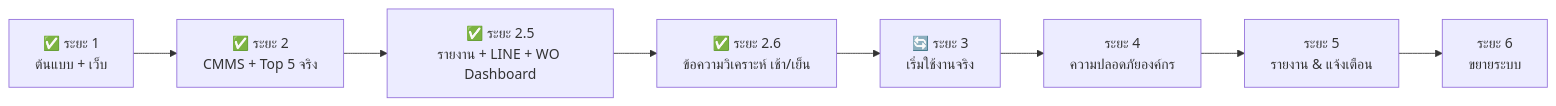
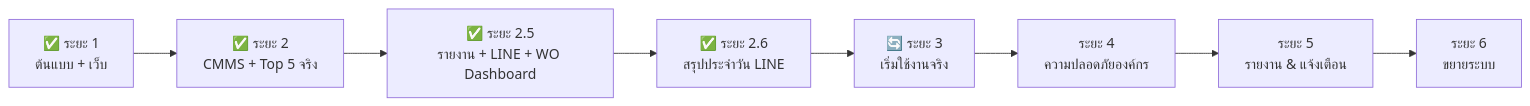
Before and after one commit to piyamonw0423-glitch/P1-CRITICAL-TOP5-MAINTENANCE-PP561011-: the third of 3 diagrams in docs/SYSTEM.md, drawn with Mermaid. The commit also changed other lines of this file, not shown here.

First line of the commit message:
Docs: work log, roadmap and status up to 7 Oct (inserted window, Top 5 BD in LINE, LINE quota)

````diff
--- a/docs/SYSTEM.md
+++ b/docs/SYSTEM.md
@@ -465,4 +465,4 @@
 ```mermaid
 flowchart LR
-  A["✅ ระยะ 1<br/>ต้นแบบ + เว็บ"] --> B["✅ ระยะ 2<br/>CMMS + Top 5 จริง"] --> B2["✅ ระยะ 2.5<br/>รายงาน + LINE + WO Dashboard"] --> B3["✅ ระยะ 2.6<br/>ข้อความวิเคราะห์ เช้า/เย็น"] --> C["🔄 ระยะ 3<br/>เริ่มใช้งานจริง"] --> D["ระยะ 4<br/>ความปลอดภัยองค์กร"] --> E["ระยะ 5<br/>รายงาน & แจ้งเตือน"] --> F["ระยะ 6<br/>ขยายระบบ"]
+  A["✅ ระยะ 1<br/>ต้นแบบ + เว็บ"] --> B["✅ ระยะ 2<br/>CMMS + Top 5 จริง"] --> B2["✅ ระยะ 2.5<br/>รายงาน + LINE + WO Dashboard"] --> B3["✅ ระยะ 2.6<br/>สรุปประจำวัน LINE"] --> C["🔄 ระยะ 3<br/>เริ่มใช้งานจริง"] --> D["ระยะ 4<br/>ความปลอดภัยองค์กร"] --> E["ระยะ 5<br/>รายงาน & แจ้งเตือน"] --> F["ระยะ 6<br/>ขยายระบบ"]
 ```
````
